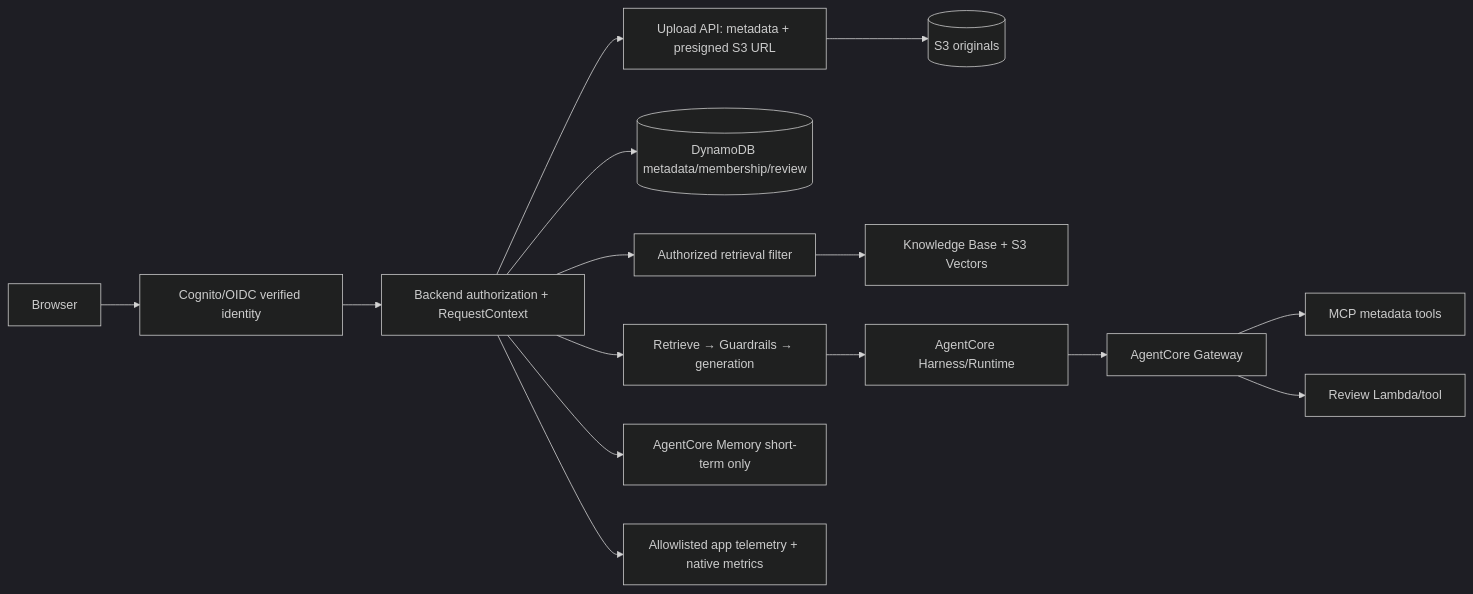
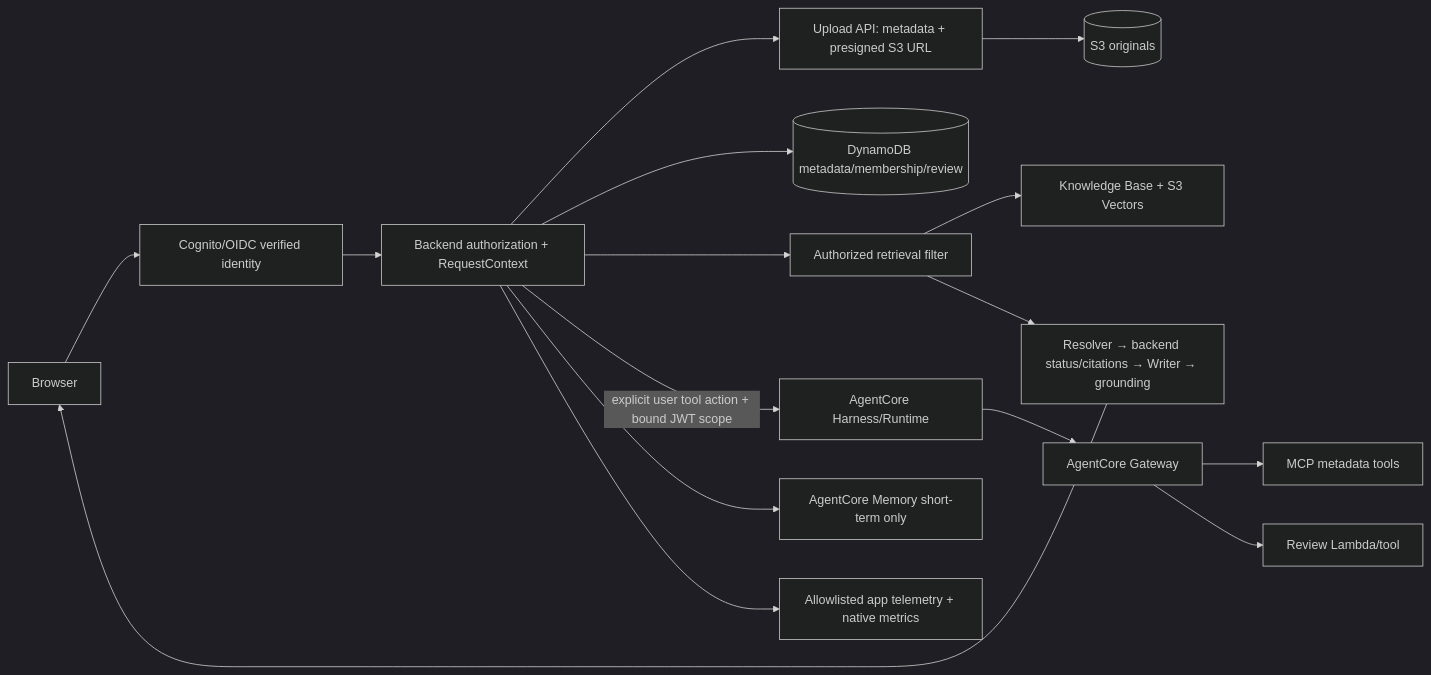
One commit to herrerogusano/LegalDesk changed the diagram in docs/architecture-final.md. Above: the diagram before and after it, drawn with Mermaid (dark theme). The commit also changed other lines of this file and 28 other files, not shown here.

````diff
--- a/docs/architecture-final.md
+++ b/docs/architecture-final.md
@@ -21,17 +26,18 @@
 ```mermaid
 flowchart LR
   B[Browser] --> I[Cognito/OIDC verified identity]
   I --> A[Backend authorization + RequestContext]
   A --> U[Upload API: metadata + presigned S3 URL]
   U --> S3[(S3 originals)]
   A --> D[(DynamoDB metadata/membership/review)]
   A --> R[Authorized retrieval filter]
   R --> KB[Knowledge Base + S3 Vectors]
-  A --> C[Retrieve → Guardrails → generation]
-  C --> H[AgentCore Harness/Runtime]
+  R --> C[Resolver → backend status/citations → Writer → grounding]
+  C --> B
+  A -->|explicit user tool action + bound JWT scope| H[AgentCore Harness/Runtime]
   H --> GW[AgentCore Gateway]
   GW --> MCP[MCP metadata tools]
   GW --> L[Review Lambda/tool]
   A --> M[AgentCore Memory short-term only]
   A --> O[Allowlisted app telemetry + native metrics]
 ```
````
